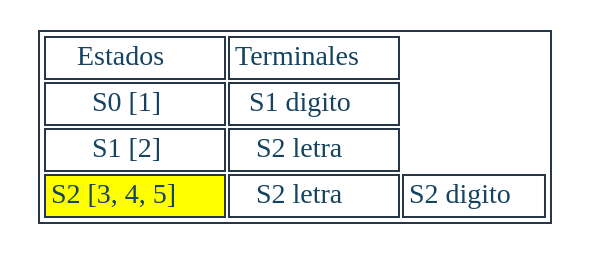
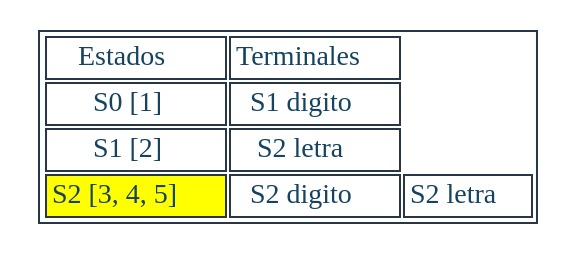
One commit to JeffMendez/OCL_Proyecto1_201901557 changed the diagram in Regexive/archivos/TRANSICIONES_201901557/RegTest.dot. Above: the diagram before and after it, drawn with Graphviz. The commit also changed 31 other files, not shown here.

```diff
--- a/Regexive/archivos/TRANSICIONES_201901557/RegTest.dot
+++ b/Regexive/archivos/TRANSICIONES_201901557/RegTest.dot
@@ -1,14 +1,14 @@
 digraph T {
 aHtmlTable [
    shape=plaintext
    color="#283747" fontcolor="#154360" label=<
 
    <table border='1' cellborder='1'>
    <tr>
       <td>Estados</td>
       <td>Terminales</td>
-   </tr><tr><td>S0 [1]</td><td>S1 digito</td></tr><tr><td>S1 [2]</td><td>S2 letra</td></tr><tr><td bgcolor="yellow"> S2 [3, 4, 5]</td><td>S2 letra</td><td>S2 digito</td></tr></table>
+   </tr><tr><td>S0 [1]</td><td>S1 digito</td></tr><tr><td>S1 [2]</td><td>S2 letra</td></tr><tr><td bgcolor="yellow"> S2 [3, 4, 5]</td><td>S2 digito</td><td>S2 letra</td></tr></table>
 
    >]; 
 
 }
```
